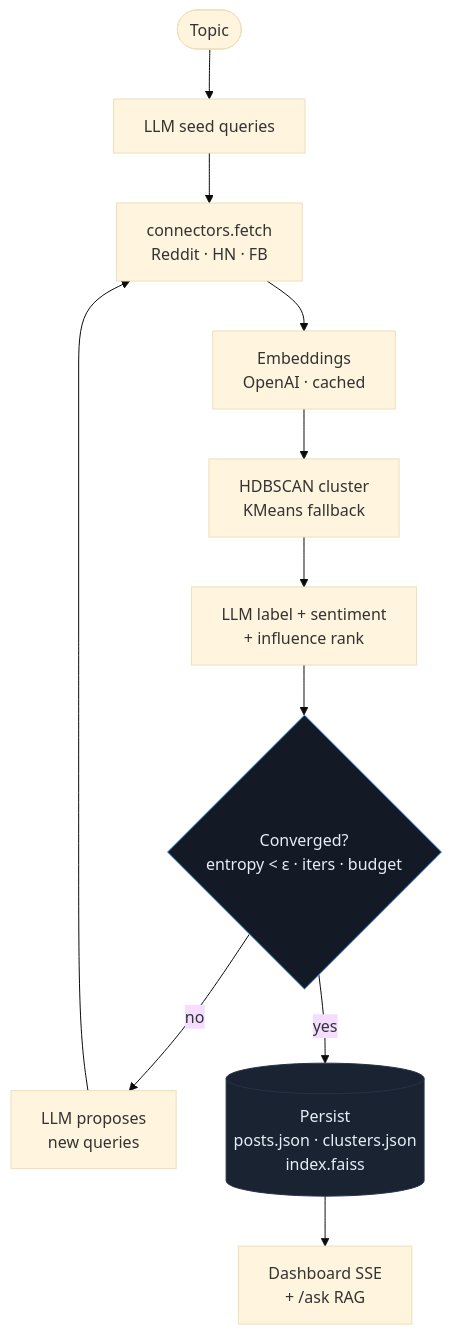
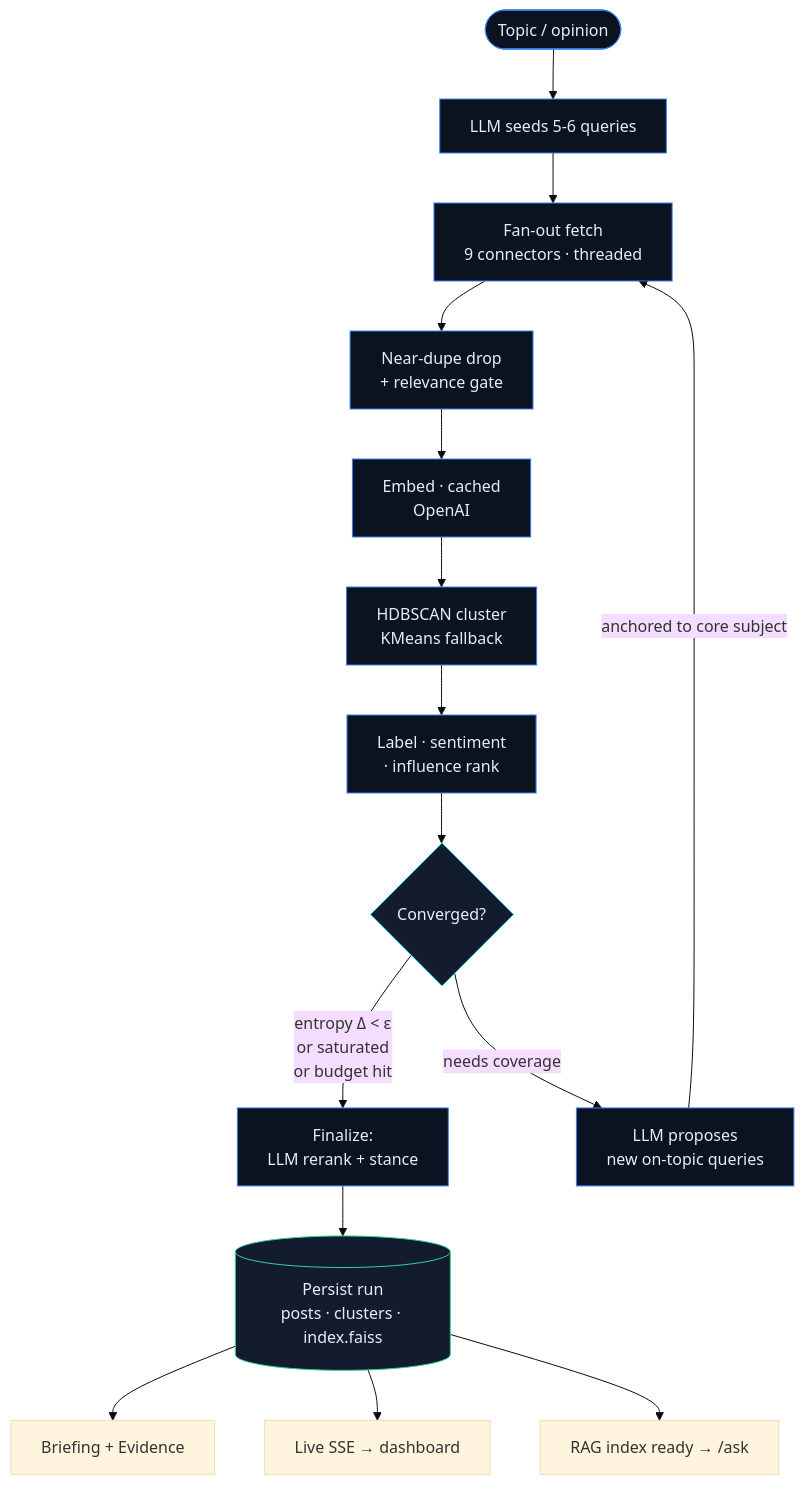
The first of 7 diagrams in README.md (abrr-fhyz/PulseTrace), drawn with Mermaid (base theme) before and after one commit. The commit also changed other lines of this file and 11 other files, not shown here.

````diff
--- a/README.md
+++ b/README.md
@@ -44,18 +132,24 @@
 ```mermaid
 flowchart TD
-    A([Topic]) --> B[LLM seed queries]
-    B --> C[connectors.fetch<br/>Reddit · HN · FB]
-    C --> D[Embeddings<br/>OpenAI · cached]
-    D --> E[HDBSCAN cluster<br/>KMeans fallback]
-    E --> F[LLM label + sentiment<br/>+ influence rank]
-    F --> G{Converged?<br/>entropy &lt; ε · iters · budget}
-    G -- no --> H[LLM proposes<br/>new queries]
-    H --> C
-    G -- yes --> I[(Persist<br/>posts.json · clusters.json<br/>index.faiss)]
-    I --> J[Dashboard SSE<br/>+ /ask RAG]
+    A([Topic / opinion]) --> B[LLM seeds 5-6 queries]
+    B --> C[Fan-out fetch<br/>9 connectors · threaded]
+    C --> D[Near-dupe drop<br/>+ relevance gate]
+    D --> E[Embed · cached<br/>OpenAI]
+    E --> F[HDBSCAN cluster<br/>KMeans fallback]
+    F --> G[Label · sentiment<br/>· influence rank]
+    G --> H{Converged?}
+    H -- "entropy Δ < ε<br/>or saturated<br/>or budget hit" --> K[Finalize:<br/>LLM rerank + stance]
+    H -- "needs coverage" --> I[LLM proposes<br/>new on-topic queries]
+    I -->|anchored to core subject| C
+    K --> L[(Persist run<br/>posts · clusters · index.faiss)]
+    L --> M[Briefing + Evidence]
+    L --> N[Live SSE → dashboard]
+    L --> O[RAG index ready → /ask]
 
-    classDef store fill:#1a2332,stroke:#25324a,color:#e6edf7;
-    classDef decision fill:#131a26,stroke:#60a5fa,color:#e6edf7;
-    class I store;
-    class G decision;
+    classDef loop fill:#0B1220,stroke:#3B82F6,color:#E6EDF7;
+    classDef store fill:#131C2E,stroke:#34D399,color:#E6EDF7;
+    classDef dec fill:#131C2E,stroke:#22D3EE,color:#E6EDF7;
+    class A,B,C,D,E,F,G,I,K loop;
+    class L store;
+    class H dec;
 ```
````
